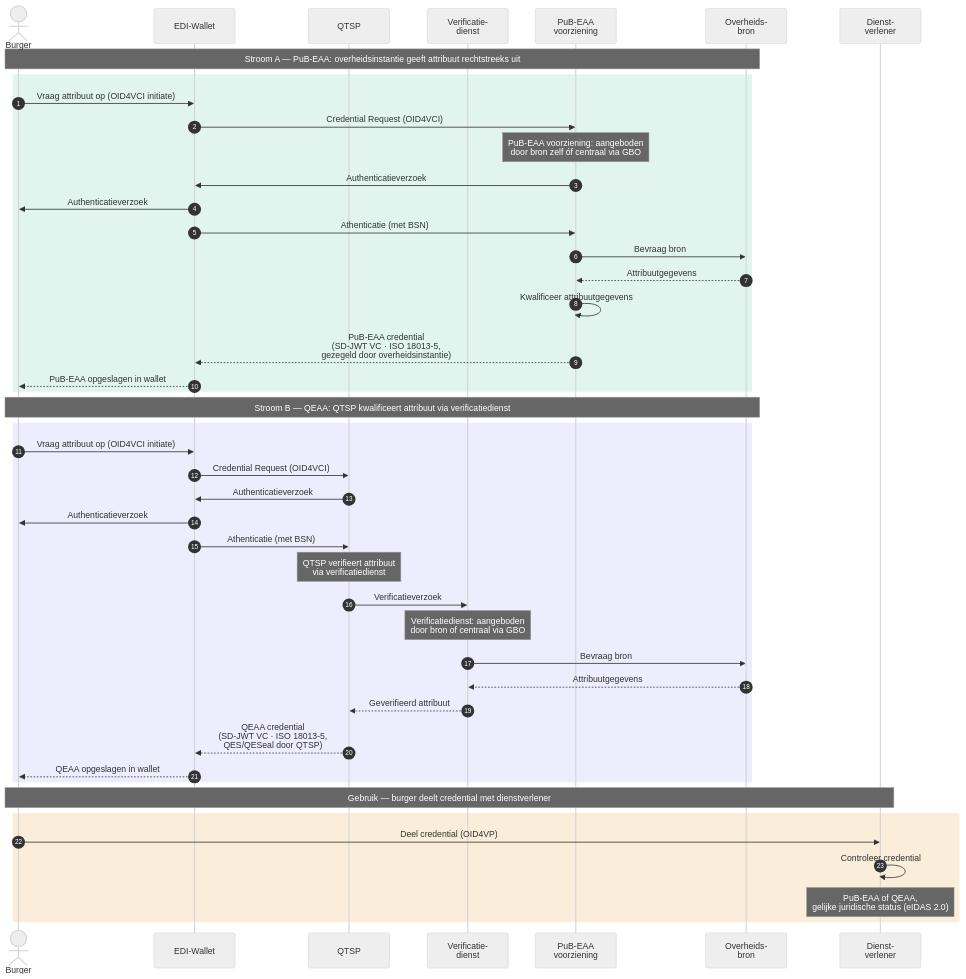
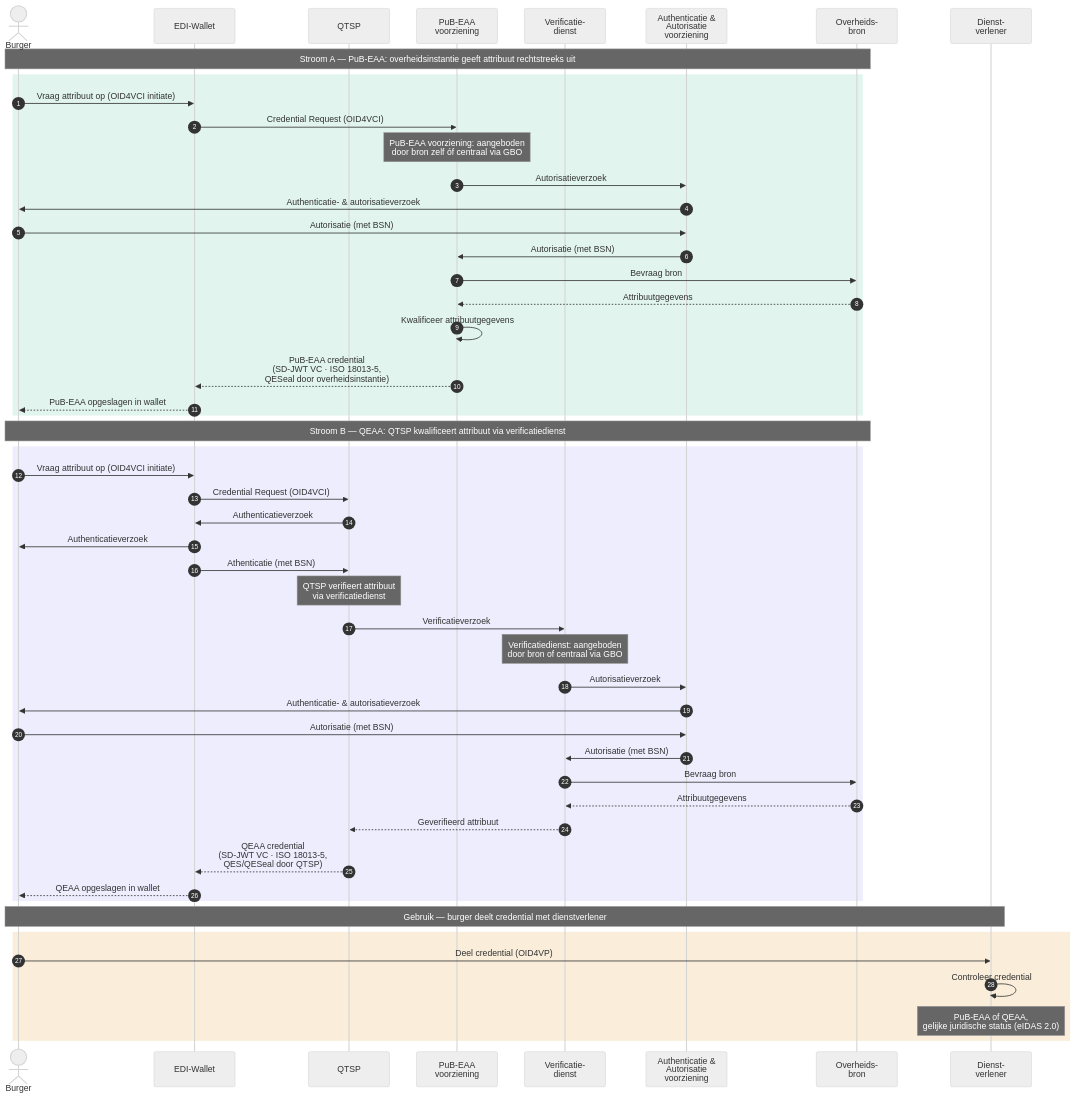
One commit to ICTU/GBO changed the diagram in docs/diagrammen/interactiepatroon-EDI-Wallet.mmd. Above: the diagram before and after it, drawn with Mermaid (neutral theme). The commit also changed 8 other files, not shown here.

````diff
--- a/docs/diagrammen/interactiepatroon-EDI-Wallet.mmd
+++ b/docs/diagrammen/interactiepatroon-EDI-Wallet.mmd
@@ -1,55 +1,61 @@
 ``` mermaid
 
 sequenceDiagram
     autonumber
     actor Burger
     participant Wallet as EDI-Wallet
     participant QTSP as QTSP
+    participant PubEAA as PuB-EAA<br/>voorziening
     participant VerifDienst as Verificatie-<br/>dienst
-    participant PubEAA as PuB-EAA<br/>voorziening
+    participant Auth as Authenticatie & <br />Autorisatie<br/>voorziening
     participant Bron as Overheids-<br/>bron
     participant DV as Dienst-<br/>verlener
 
     Note over Burger,Bron: Stroom A — PuB-EAA: overheidsinstantie geeft attribuut rechtstreeks uit
 
     rect rgb(225, 245, 238)
         Burger->>Wallet: Vraag attribuut op (OID4VCI initiate)
         Wallet->>PubEAA: Credential Request (OID4VCI)
         Note over PubEAA: PuB-EAA voorziening: aangeboden<br/>door bron zelf óf centraal via GBO
-        PubEAA->>Wallet: Authenticatieverzoek
-        Wallet->>Burger: Authenticatieverzoek
-        Wallet->>PubEAA: Athenticatie (met BSN)
+        PubEAA->>Auth: Autorisatieverzoek
+        Auth->>Burger: Authenticatie- & autorisatieverzoek
+        Burger->>Auth: Autorisatie (met BSN)
+        Auth->>PubEAA: Autorisatie (met BSN)
         PubEAA->>Bron: Bevraag bron
         Bron-->>PubEAA: Attribuutgegevens
         PubEAA->>PubEAA: Kwalificeer attribuutgegevens
-        PubEAA-->>Wallet: PuB-EAA credential<br/>(SD-JWT VC · ISO 18013-5,<br/>gezegeld door overheidsinstantie)
+        PubEAA-->>Wallet: PuB-EAA credential<br/>(SD-JWT VC · ISO 18013-5,<br/>QESeal door overheidsinstantie)
         Wallet-->>Burger: PuB-EAA opgeslagen in wallet
     end
 
     Note over Burger,Bron: Stroom B — QEAA: QTSP kwalificeert attribuut via verificatiedienst
 
     rect rgb(238, 237, 254)
         Burger->>Wallet: Vraag attribuut op (OID4VCI initiate)
         Wallet->>QTSP: Credential Request (OID4VCI)
         QTSP->>Wallet: Authenticatieverzoek
         Wallet->>Burger: Authenticatieverzoek
         Wallet->>QTSP: Athenticatie (met BSN)
         Note over QTSP: QTSP verifieert attribuut<br/>via verificatiedienst
         QTSP->>VerifDienst: Verificatieverzoek
         Note over VerifDienst: Verificatiedienst: aangeboden<br/>door bron of centraal via GBO
+        VerifDienst->>Auth: Autorisatieverzoek
+        Auth->>Burger: Authenticatie- & autorisatieverzoek
+        Burger->>Auth: Autorisatie (met BSN)
+        Auth->>VerifDienst: Autorisatie (met BSN)
         VerifDienst->>Bron: Bevraag bron
         Bron-->>VerifDienst: Attribuutgegevens
         VerifDienst-->>QTSP: Geverifieerd attribuut
         QTSP-->>Wallet: QEAA credential<br/>(SD-JWT VC · ISO 18013-5,<br/>QES/QESeal door QTSP)
         Wallet-->>Burger: QEAA opgeslagen in wallet
     end
 
     Note over Burger,DV: Gebruik — burger deelt credential met dienstverlener
 
     rect rgb(250, 238, 218)
         Burger->>DV: Deel credential (OID4VP)
         DV->>DV: Controleer credential
         Note over DV: PuB-EAA of QEAA,<br/>gelijke juridische status (eIDAS 2.0)
     end
 
 ```
````
